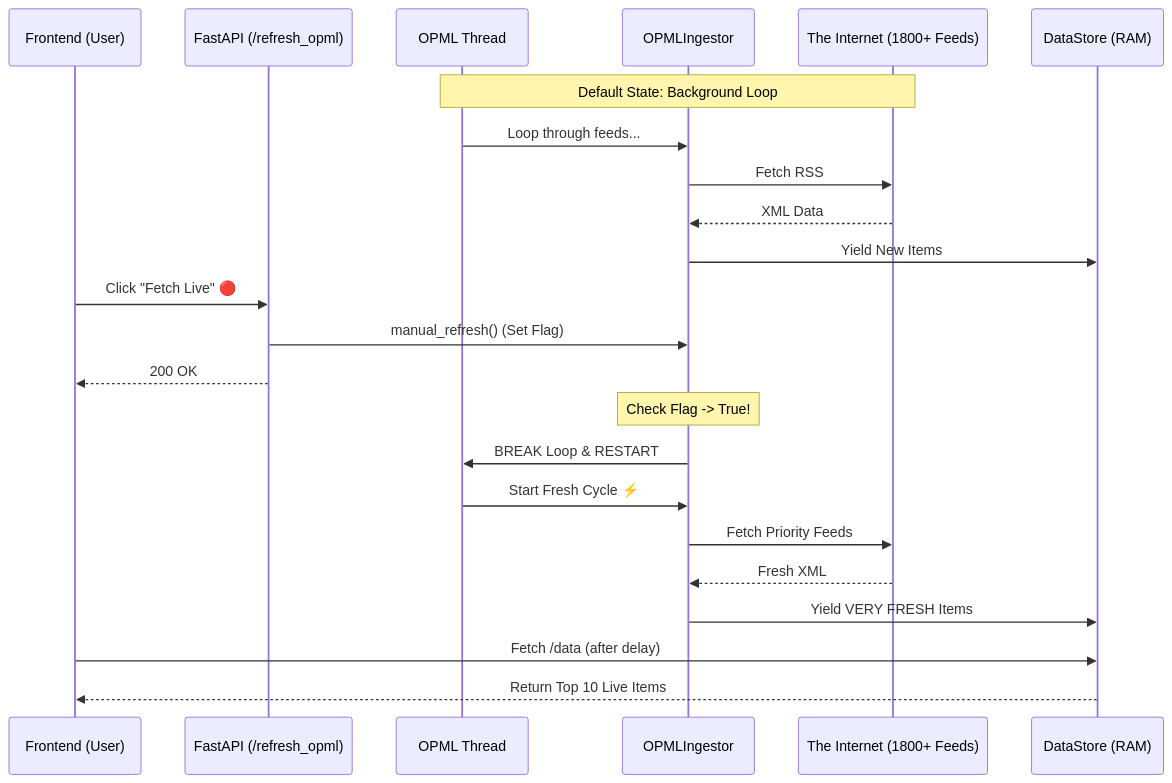
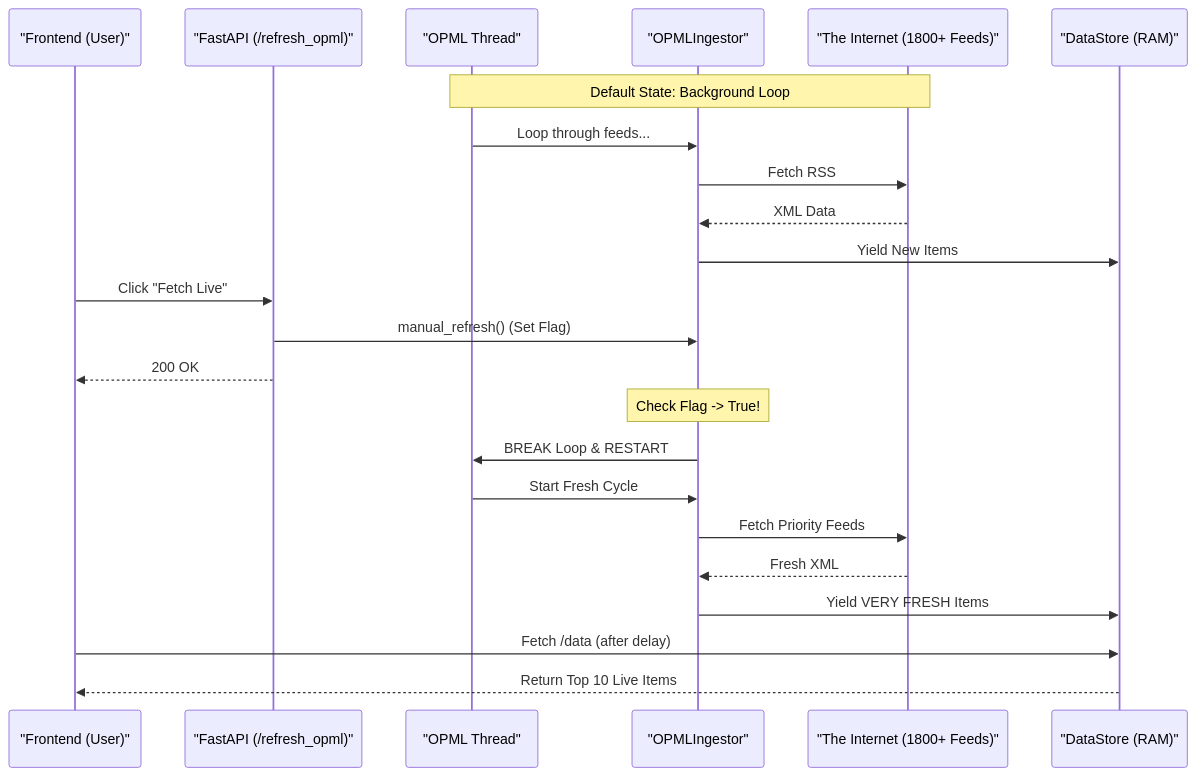
The second of 2 diagrams in README.md (atharvavdeo/LiveAnalyst_Pathway), drawn with Mermaid before and after one commit. The commit also changed other lines of this file, not shown here.

Commit message:
docs: fix mermaid syntax errors

````diff
--- a/README.md
+++ b/README.md
@@ -73,30 +73,30 @@
 ```mermaid
 sequenceDiagram
-    participant User as Frontend (User)
-    participant API as FastAPI (/refresh_opml)
-    participant Thread as OPML Thread
-    participant Engine as OPMLIngestor
-    participant Web as The Internet (1800+ Feeds)
-    participant Store as DataStore (RAM)
+    participant User as "Frontend (User)"
+    participant API as "FastAPI (/refresh_opml)"
+    participant Thread as "OPML Thread"
+    participant Engine as "OPMLIngestor"
+    participant Web as "The Internet (1800+ Feeds)"
+    participant Store as "DataStore (RAM)"
 
     Note over Thread, Web: Default State: Background Loop
     Thread->>Engine: Loop through feeds...
     Engine->>Web: Fetch RSS
     Web-->>Engine: XML Data
     Engine->>Store: Yield New Items
 
-    User->>API: Click "Fetch Live" 🔴
+    User->>API: Click "Fetch Live"
     API->>Engine: manual_refresh() (Set Flag)
     API-->>User: 200 OK
     
     Note over Engine: Check Flag -> True!
     Engine->>Thread: BREAK Loop & RESTART
     
-    Thread->>Engine: Start Fresh Cycle ⚡
+    Thread->>Engine: Start Fresh Cycle
     Engine->>Web: Fetch Priority Feeds
     Web-->>Engine: Fresh XML
     Engine->>Store: Yield VERY FRESH Items
     
     User->>Store: Fetch /data (after delay)
     Store-->>User: Return Top 10 Live Items
 ```
````
